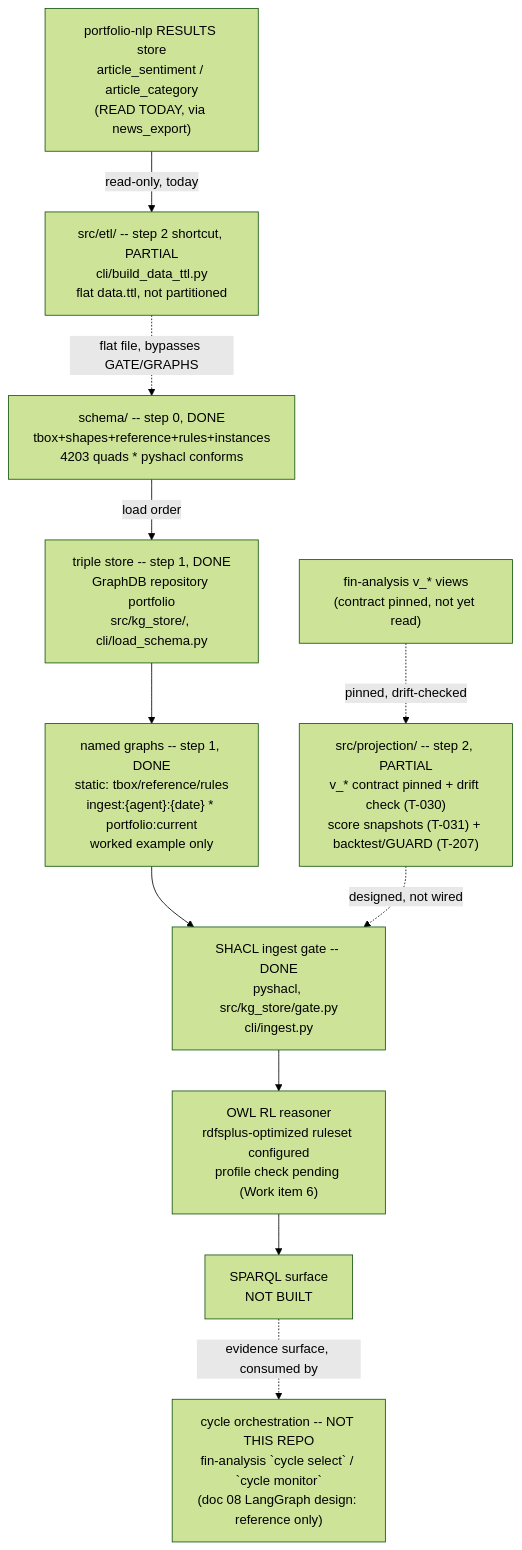
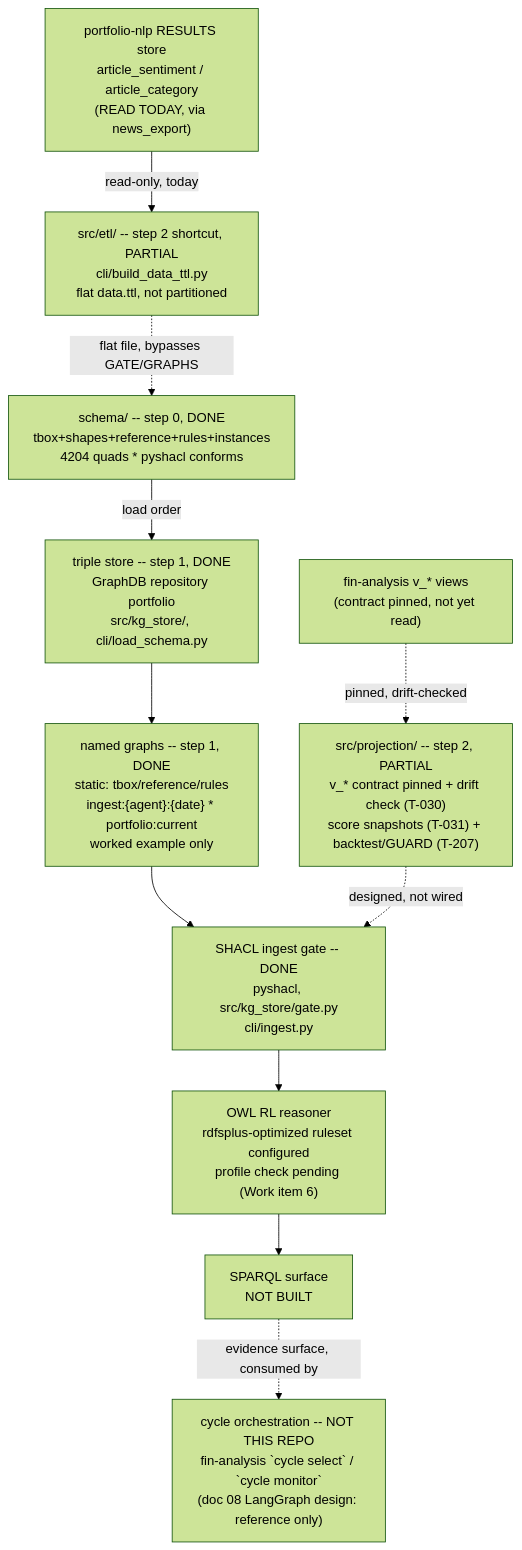
The diagram in .specify/memory/SPEC.md (gamug/portfolio-knowledge-graph), drawn with Mermaid (forest theme) before and after one commit. The commit also changed other lines of this file and 9 other files, not shown here.

````diff
--- a/.specify/memory/SPEC.md
+++ b/.specify/memory/SPEC.md
@@ -897,22 +897,22 @@
 ```mermaid
 flowchart TB
-    SCHEMA["schema/ -- step 0, DONE<br/>tbox+shapes+reference+rules+instances<br/>4203 quads * pyshacl conforms"]
+    SCHEMA["schema/ -- step 0, DONE<br/>tbox+shapes+reference+rules+instances<br/>4204 quads * pyshacl conforms"]
     STORE["triple store -- step 1, DONE<br/>GraphDB repository portfolio<br/>src/kg_store/, cli/load_schema.py"]
     GRAPHS["named graphs -- step 1, DONE<br/>static: tbox/reference/rules<br/>ingest:{agent}:{date} * portfolio:current<br/>worked example only"]
     GATE["SHACL ingest gate -- DONE<br/>pyshacl, src/kg_store/gate.py<br/>cli/ingest.py"]
     PROJ["src/projection/ -- step 2, PARTIAL<br/>v_* contract pinned + drift check (T-030)<br/>score snapshots (T-031) + backtest/GUARD (T-207)"]
     FIN["fin-analysis v_* views<br/>(contract pinned, not yet read)"]
     NLPRES["portfolio-nlp RESULTS store<br/>article_sentiment / article_category<br/>(READ TODAY, via news_export)"]
     ETL["src/etl/ -- step 2 shortcut, PARTIAL<br/>cli/build_data_ttl.py<br/>flat data.ttl, not partitioned"]
     REASON["OWL RL reasoner<br/>rdfsplus-optimized ruleset configured<br/>profile check pending (Work item 6)"]
     SPARQL["SPARQL surface<br/>NOT BUILT"]
     AGENTS["cycle orchestration -- NOT THIS REPO<br/>fin-analysis `cycle select` / `cycle monitor`<br/>(doc 08 LangGraph design: reference only)"]
 
     SCHEMA -->|load order| STORE --> GRAPHS --> GATE
     FIN -.->|pinned, drift-checked| PROJ
     PROJ -.->|designed, not wired| GATE
     NLPRES -->|read-only, today| ETL
     ETL -.->|flat file, bypasses GATE/GRAPHS| SCHEMA
     GATE --> REASON --> SPARQL
     SPARQL -.->|evidence surface, consumed by| AGENTS
 ```
````
